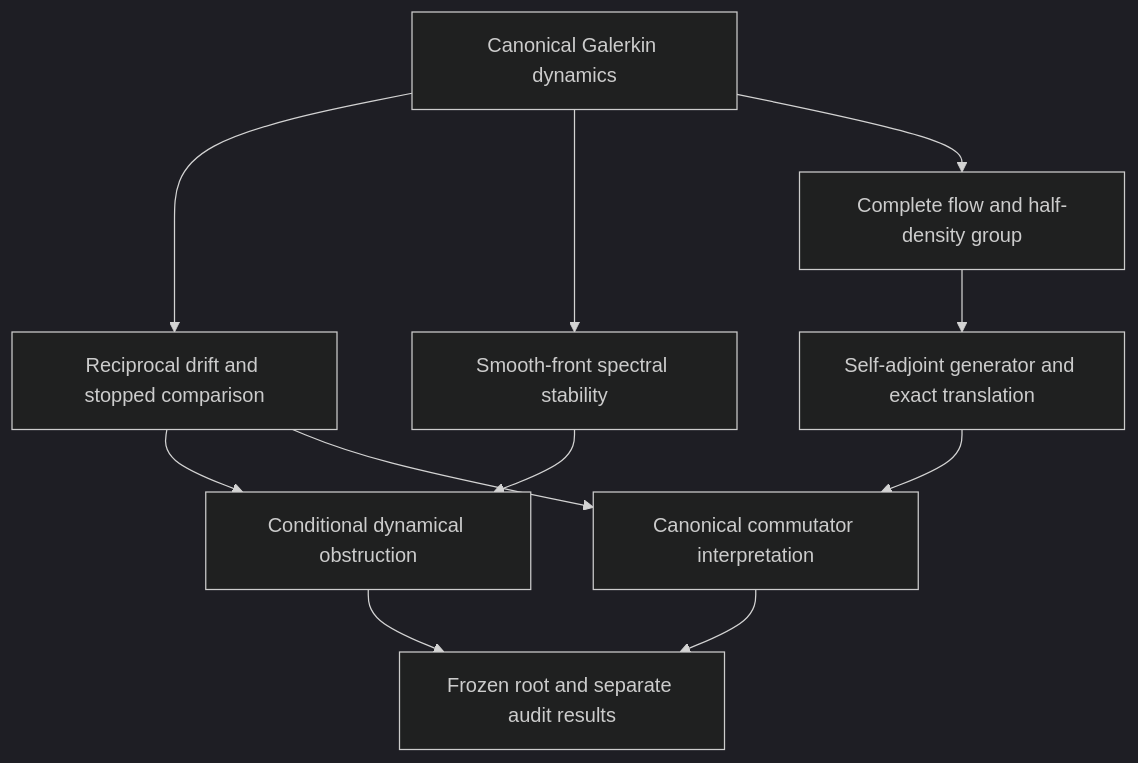
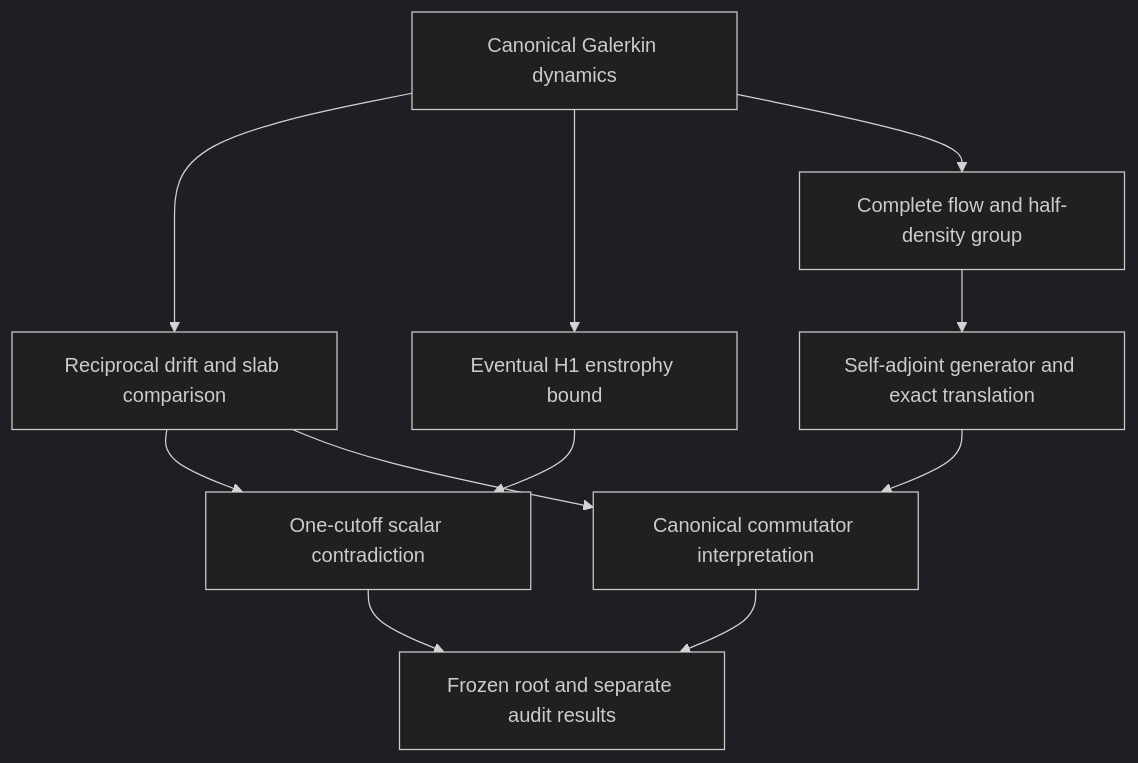
Before and after one commit to randogelist/Methboke: the diagram in PREPRINT_FORMALISATION/EhrenfestObstruction/LEAN_LAYOUT.md, drawn with Mermaid (dark theme). The commit also changed other lines of this file and 16 other files, not shown here.

First line of the commit message:
Shorten Ehrenfest obstruction plan to single-cutoff H1 route [skip ci]

````diff
--- a/PREPRINT_FORMALISATION/EhrenfestObstruction/LEAN_LAYOUT.md
+++ b/PREPRINT_FORMALISATION/EhrenfestObstruction/LEAN_LAYOUT.md
@@ -7,13 +9,13 @@
 ```mermaid
 flowchart TD
-  A["Canonical Galerkin dynamics"] --> B["Reciprocal drift and stopped comparison"]
-  A --> C["Smooth-front spectral stability"]
-  B --> D["Conditional dynamical obstruction"]
+  A["Canonical Galerkin dynamics"] --> B["Reciprocal drift and slab comparison"]
+  A --> C["Eventual H1 enstrophy bound"]
+  B --> D["One-cutoff scalar contradiction"]
   C --> D
   A --> E["Complete flow and half-density group"]
   E --> F["Self-adjoint generator and exact translation"]
   F --> G["Canonical commutator interpretation"]
   B --> G
   D --> H["Frozen root and separate audit results"]
   G --> H
 ```
````
